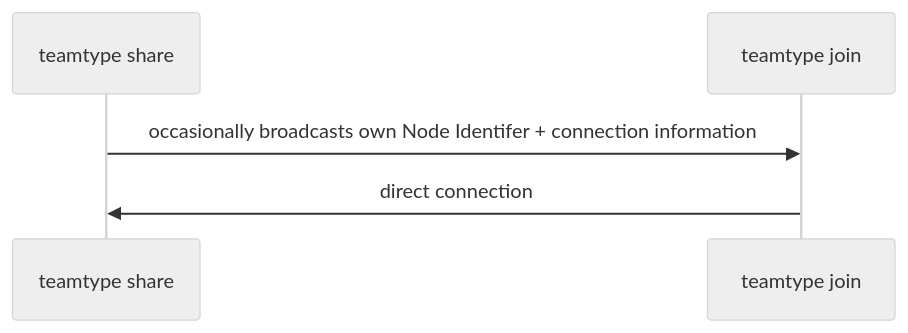
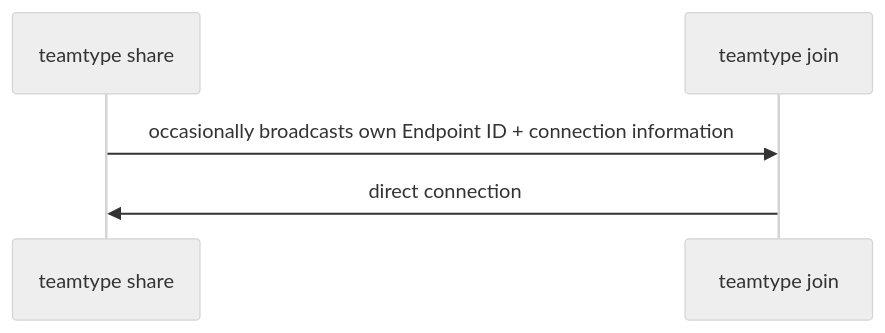
The third of 3 diagrams in book/src/connection-making.md (teamtype/teamtype), drawn with Mermaid (neutral theme) before and after one commit. The commit also changed other lines of this file and 1 other file, not shown here.

Commit message:
docs(book): Iroh now uses the term "endpoint" instead of "node"

````diff
--- a/book/src/connection-making.md
+++ b/book/src/connection-making.md
@@ -68,7 +68,7 @@
 ```mermaid
 sequenceDiagram
 participant A as teamtype share
 participant B as teamtype join
-A->>B: occasionally broadcasts own Node Identifer + connection information
+A->>B: occasionally broadcasts own Endpoint ID + connection information
 B->>A: direct connection
 ```
````
